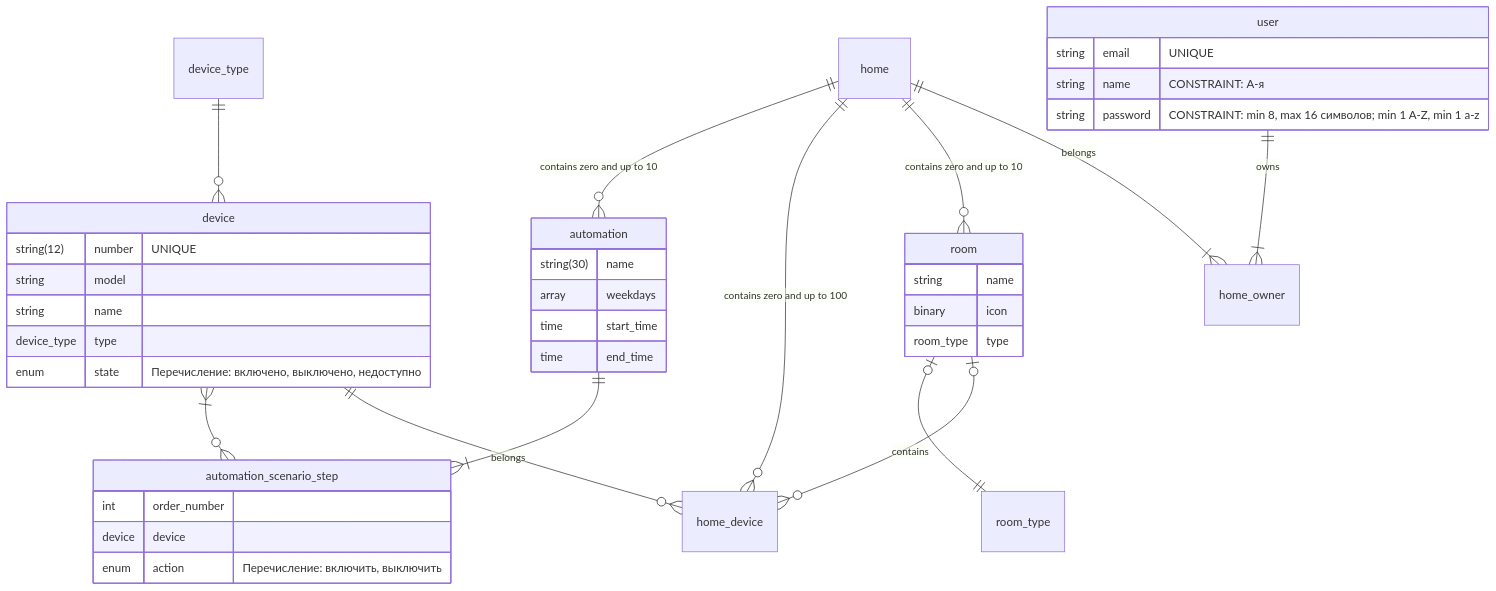
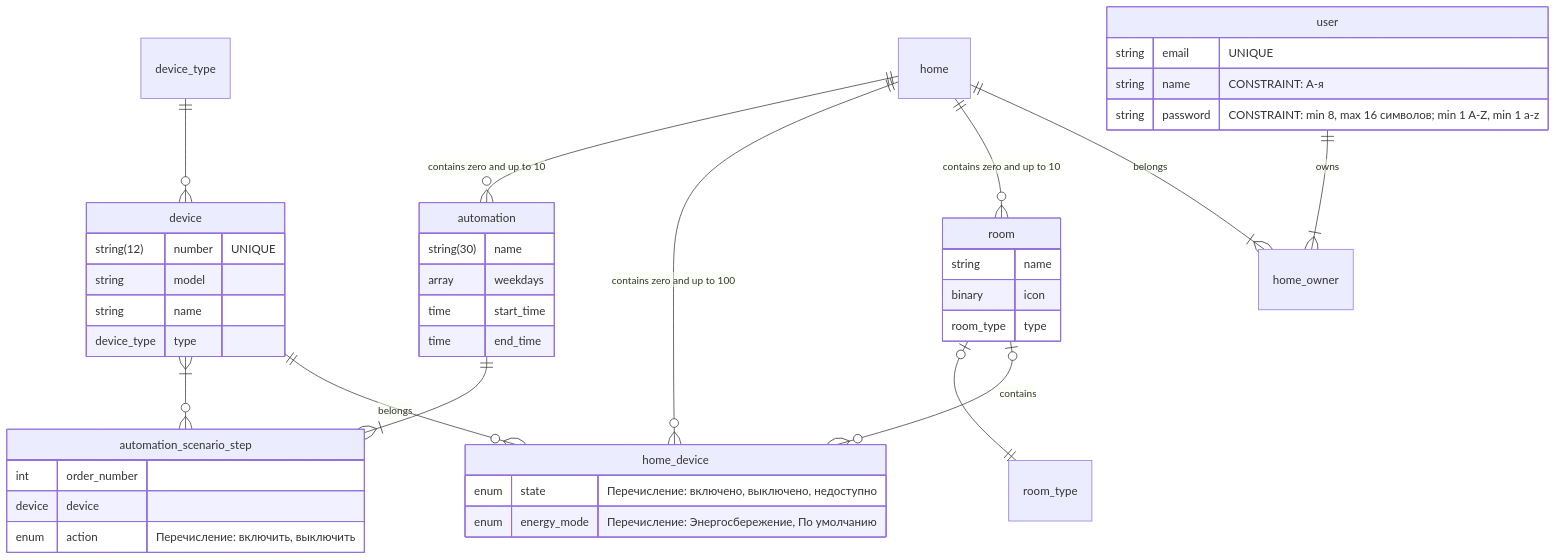
One commit to oleshko-g/sa_cases changed the diagram in HARD/yandex-practicum-diploma-project/# spec.md. Above: the diagram before and after it, drawn with Mermaid.

Commit message:
Доработать ERD

````diff
--- a/HARD/yandex-practicum-diploma-project/# spec.md
+++ b/HARD/yandex-practicum-diploma-project/# spec.md
@@ -31,54 +31,56 @@
 ```mermaid
 erDiagram
    user {
       string email "UNIQUE"
       string name "CONSTRAINT: А-я"
       string password "CONSTRAINT: min 8, max 16 символов; min 1 A-Z, min 1 a-z"
    }
    room { 
       string name
       binary icon
       room_type type
    }
    room_type {}
    device {
       string(12) number "UNIQUE"
       string model
       string name
       device_type type
-      enum state "Перечисление: включено, выключено, недоступно"
    }
    home {}
    automation {
       string(30) name
       array weekdays
       time start_time
       time end_time
    }
    automation_scenario_step {
       int order_number
       device device
       enum action "Перечисление: включить, выключить"
    }
    home_owner {}
-   home_device {}
+   home_device {
+   enum state "Перечисление: включено, выключено, недоступно"
+   enum energy_mode "Перечисление: Энергосбережение, По умолчанию"
+   }
 
    device_type
 
    user ||--|{ home_owner : owns
    home ||--|{ home_owner : belongs
 
    home ||--o{ room : "contains zero and up to 10"
    room |o--o{ home_device : "contains"
    room |o--|| room_type : ""
 
    device ||--o{ home_device : belongs
    device_type ||--o{ device : ""
    home ||--o{ home_device : "contains zero and up to 100"
 
    home ||--o{ automation : "contains zero and up to 10"
 
    automation ||--|{ automation_scenario_step : ""
    device }|--o{ automation_scenario_step : ""
 
 ```
````
